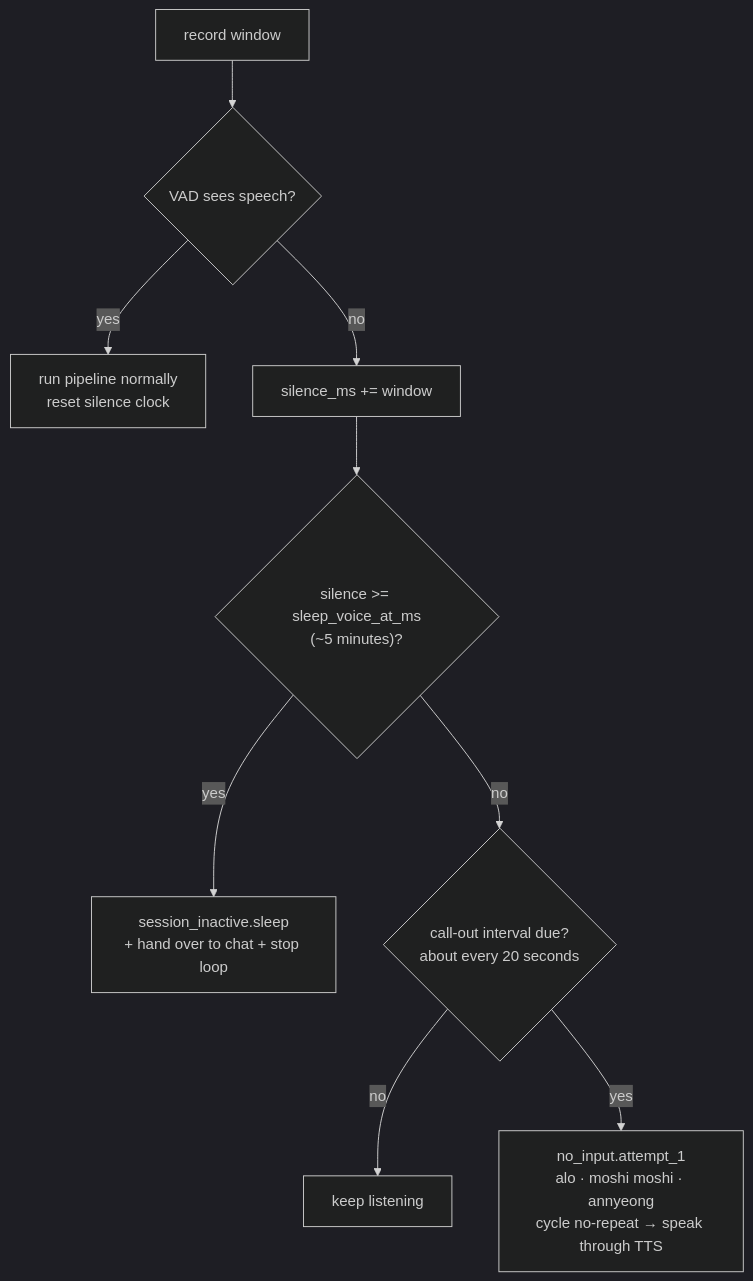
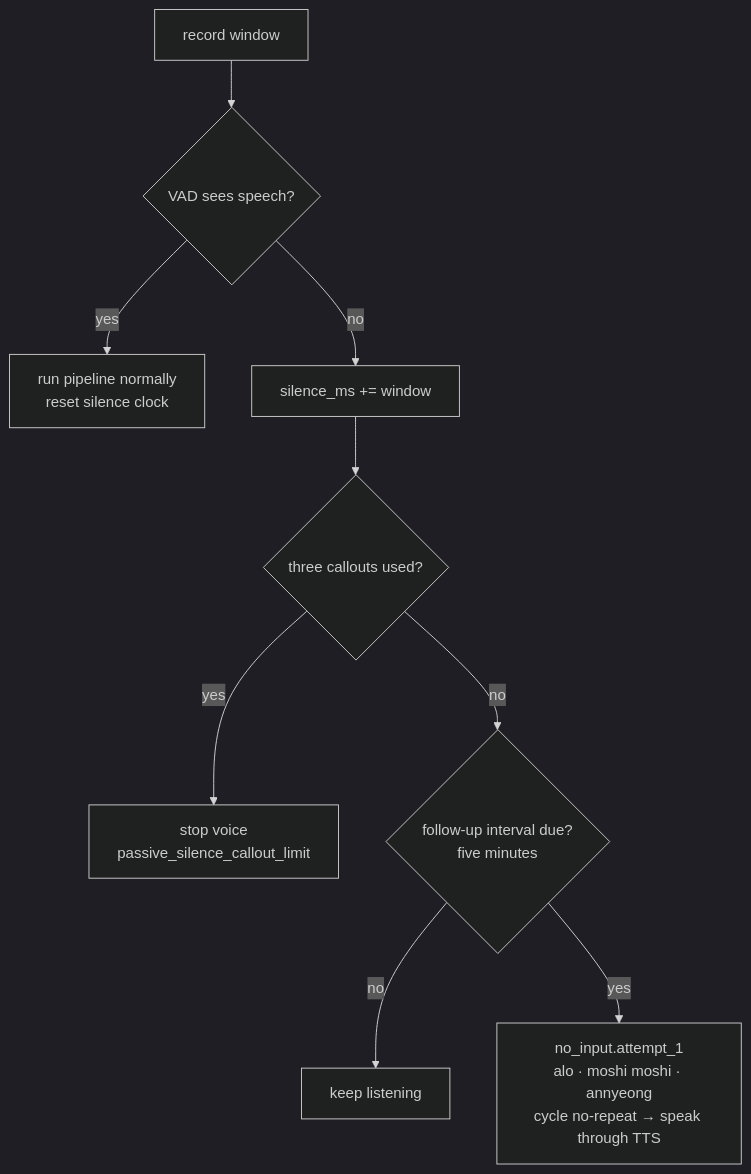
One commit to finalflash159/soca changed the third of 4 diagrams in docs/06-conversation-repair.md. Above: the diagram before and after it, drawn with Mermaid (dark theme). The commit also changed other lines of this file and 39 other files, not shown here.

````diff
--- a/docs/06-conversation-repair.md
+++ b/docs/06-conversation-repair.md
@@ -94,11 +94,11 @@
 ```mermaid
 flowchart TD
     REC[record window] --> VAD{VAD sees speech?}
     VAD -->|yes| PIPE["run pipeline normally<br/>reset silence clock"]
     VAD -->|no| SIL[silence_ms += window]
-    SIL --> LONG{"silence &gt;= sleep_voice_at_ms<br/>(~5 minutes)?"}
-    LONG -->|yes| SLEEP["session_inactive.sleep<br/>+ hand over to chat + stop loop"]
-    LONG -->|no| DUE{"call-out interval due?<br/>about every 20 seconds"}
+    SIL --> LIMIT{"three callouts used?"}
+    LIMIT -->|yes| STOP["stop voice<br/>passive_silence_callout_limit"]
+    LIMIT -->|no| DUE{"follow-up interval due?<br/>five minutes"}
     DUE -->|no| WAIT[keep listening]
     DUE -->|yes| CALL["no_input.attempt_1<br/>alo · moshi moshi · annyeong<br/>cycle no-repeat → speak through TTS"]
 ```
````
